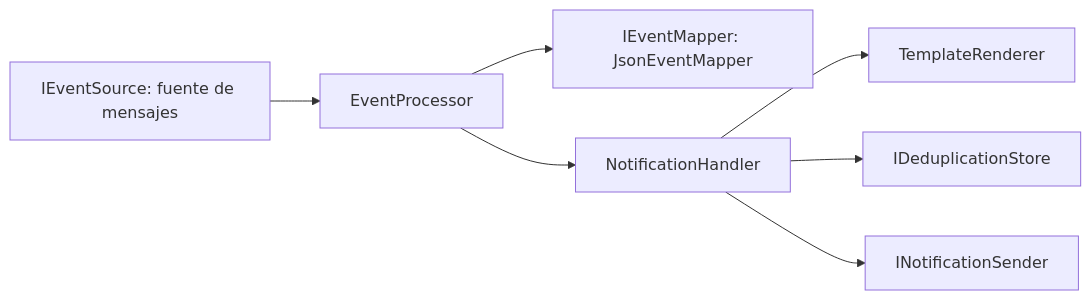
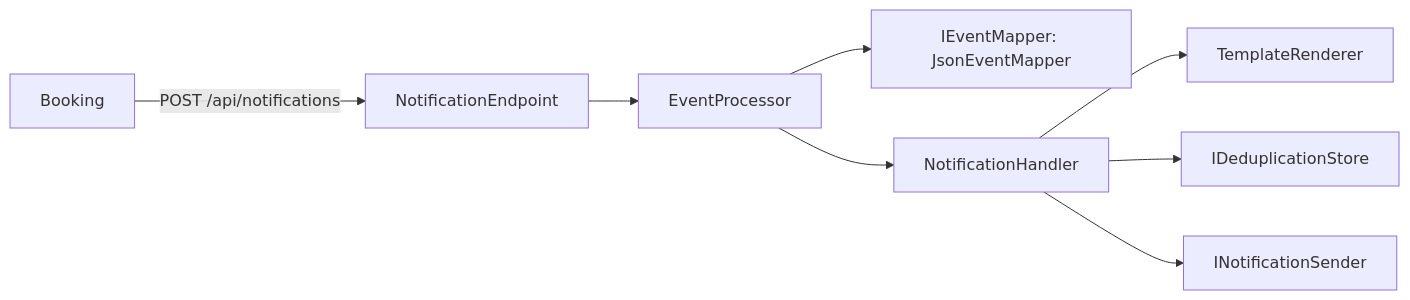
One commit to luc98/Programacion-IV-grupo-6 changed the diagram in TP-ProgramacionIV/NotificationService/README.md. Above: the diagram before and after it, drawn with Mermaid. The commit also changed other lines of this file and 41 other files, not shown here.

````diff
--- a/TP-ProgramacionIV/NotificationService/README.md
+++ b/TP-ProgramacionIV/NotificationService/README.md
@@ -23,9 +19,10 @@
 ```mermaid
 flowchart LR
-    Fuente["IEventSource: fuente de mensajes"] --> Procesador["EventProcessor"]
+    Booking["Booking"] -->|"POST /api/notifications"| Endpoint["NotificationEndpoint"]
+    Endpoint --> Procesador["EventProcessor"]
     Procesador --> Traductor["IEventMapper: JsonEventMapper"]
     Procesador --> Manejador["NotificationHandler"]
     Manejador --> Plantillas["TemplateRenderer"]
     Manejador --> Duplicados["IDeduplicationStore"]
     Manejador --> Envio["INotificationSender"]
 ```
````
